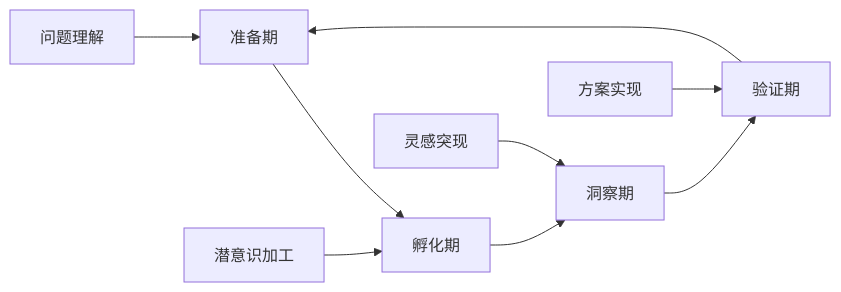
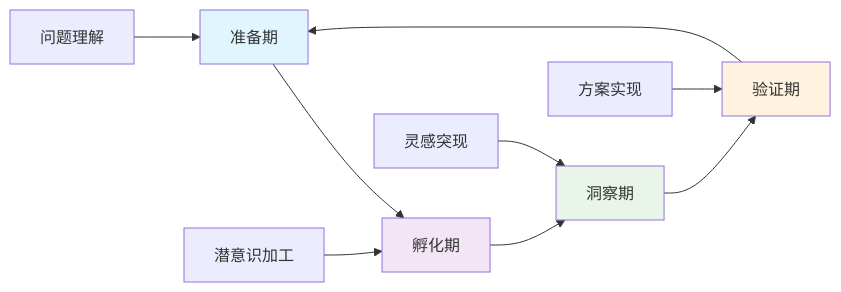
The first of 7 diagrams in 03-应用实践领域/02-创新思维训练.md (AdaMartin18010/SeniorEnducation), drawn with Mermaid before and after one commit. The commit also changed other lines of this file and 16 other files, not shown here.

````diff
--- a/03-应用实践领域/02-创新思维训练.md
+++ b/03-应用实践领域/02-创新思维训练.md
@@ -95,12 +67,17 @@
 ```mermaid
 graph LR
     A[准备期] --> B[孵化期]
     B --> C[洞察期]
     C --> D[验证期]
     D --> A
     
     A1[问题理解] --> A
     B1[潜意识加工] --> B
     C1[灵感突现] --> C
     D1[方案实现] --> D
+    
+    style A fill:#e1f5fe
+    style B fill:#f3e5f5
+    style C fill:#e8f5e8
+    style D fill:#fff3e0
 ```
````
